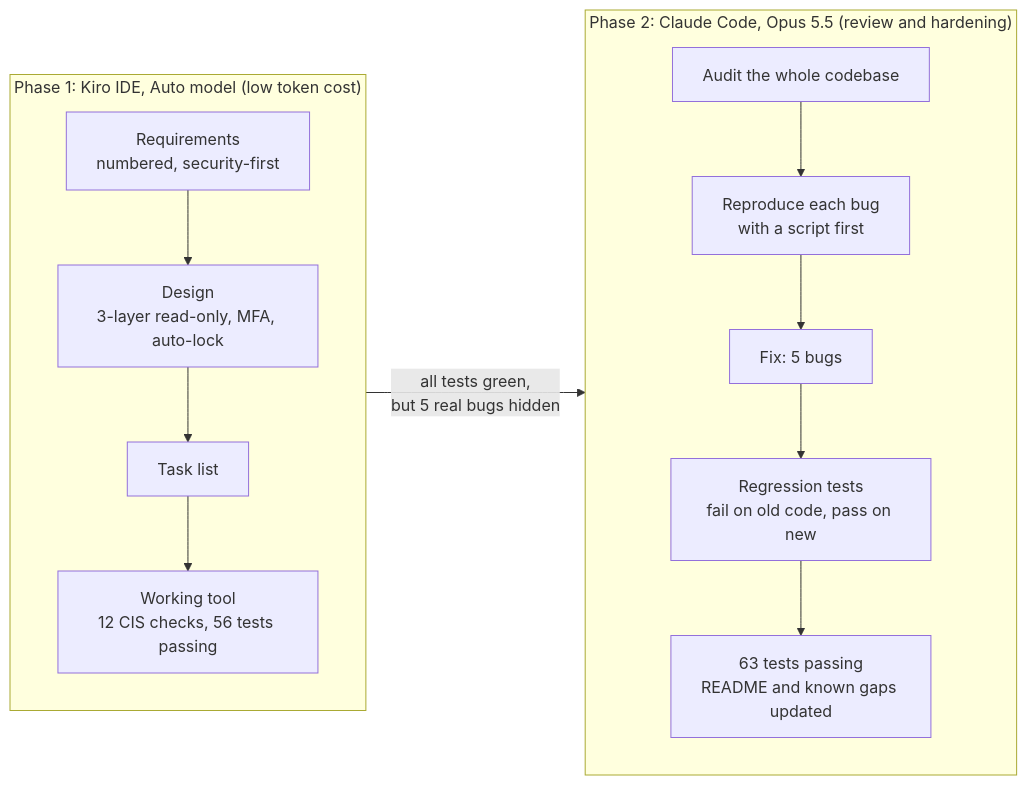
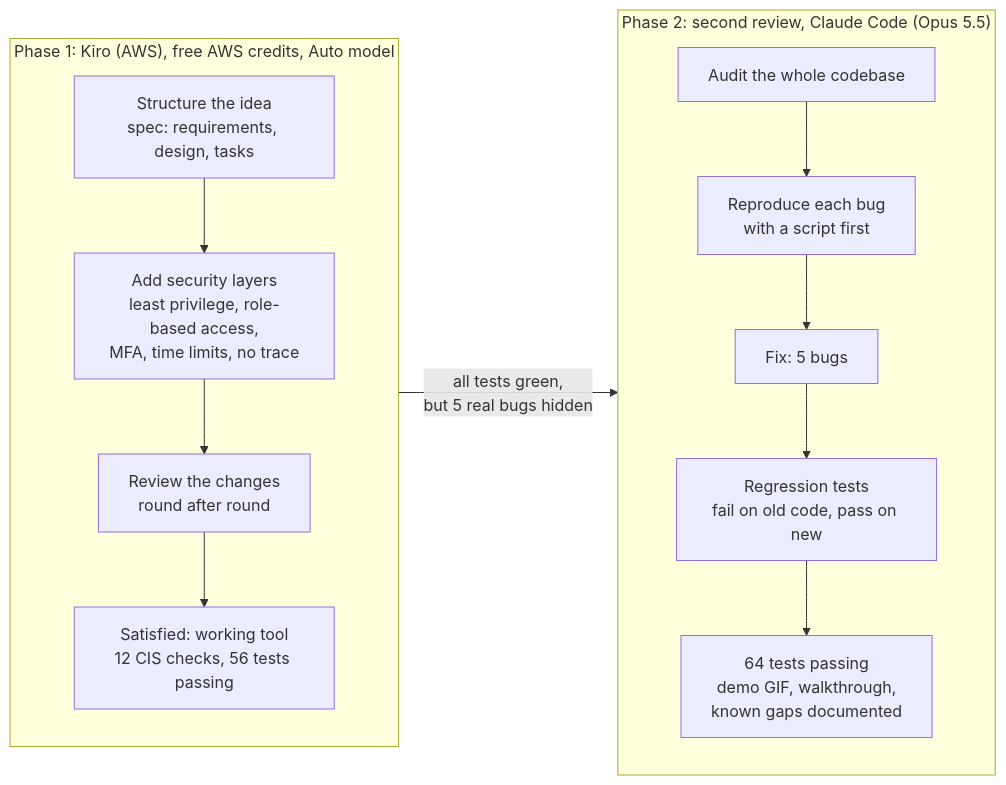
One commit to Pedriux0/cloudguard changed the third of 3 diagrams in README.md. Above: the diagram before and after it, drawn with Mermaid. The commit also changed other lines of this file and 5 other files, not shown here.

First line of the commit message:
Add demo GIF, architecture walkthrough link, and build story

````diff
--- a/README.md
+++ b/README.md
@@ -185,19 +191,19 @@
 ```mermaid
 flowchart LR
-    subgraph P1["Phase 1: Kiro IDE, Auto model (low token cost)"]
+    subgraph P1["Phase 1: Kiro (AWS), free AWS credits, Auto model"]
         direction TB
-        R["Requirements<br/>numbered, security-first"] --> D["Design<br/>3-layer read-only, MFA, auto-lock"]
-        D --> T["Task list"]
-        T --> B["Working tool<br/>12 CIS checks, 56 tests passing"]
+        I["Structure the idea<br/>spec: requirements, design, tasks"] --> L["Add security layers<br/>least privilege, role-based access,<br/>MFA, time limits, no trace"]
+        L --> V["Review the changes<br/>round after round"]
+        V --> B["Satisfied: working tool<br/>12 CIS checks, 56 tests passing"]
     end
 
-    subgraph P2["Phase 2: Claude Code, Opus 5.5 (review and hardening)"]
+    subgraph P2["Phase 2: second review, Claude Code (Opus 5.5)"]
         direction TB
         A["Audit the whole codebase"] --> X["Reproduce each bug<br/>with a script first"]
         X --> F["Fix: 5 bugs"]
         F --> G["Regression tests<br/>fail on old code, pass on new"]
-        G --> S["63 tests passing<br/>README and known gaps updated"]
+        G --> S["64 tests passing<br/>demo GIF, walkthrough,<br/>known gaps documented"]
     end
 
     B -->|"all tests green,<br/>but 5 real bugs hidden"| A
 ```
````
